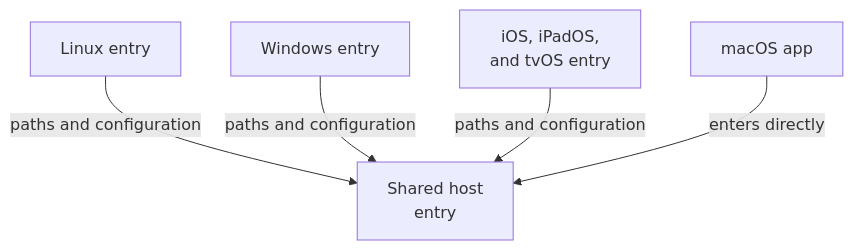
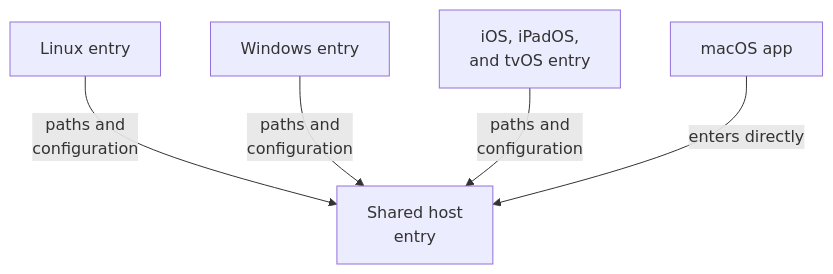
One commit to Aelbannan/boat_of_daphnes changed the second of 9 diagrams in docs/architecture/Host.md. Above: the diagram before and after it, drawn with Mermaid. The commit also changed other lines of this file and 7 other files, not shown here.

Commit message:
Wrap Mermaid diagram labels

````diff
--- a/docs/architecture/Host.md
+++ b/docs/architecture/Host.md
@@ -58,15 +58,15 @@
 ```mermaid
 flowchart TD
     Linux["Linux entry"]
     Windows["Windows entry"]
     Mobile["`iOS, iPadOS,
 and tvOS entry`"]
     Mac["macOS app"]
     Host["`Shared host
 entry`"]
 
-    Linux -->|"paths and configuration"| Host
-    Windows -->|"paths and configuration"| Host
-    Mobile -->|"paths and configuration"| Host
+    Linux -->|"paths and<br/>configuration"| Host
+    Windows -->|"paths and<br/>configuration"| Host
+    Mobile -->|"paths and<br/>configuration"| Host
     Mac -->|"enters directly"| Host
 ```
````
